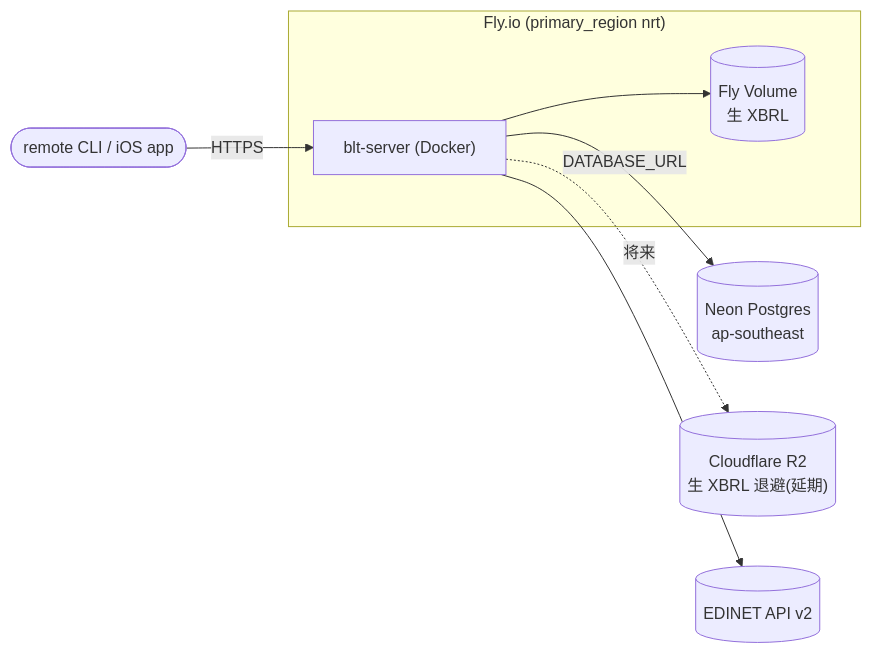
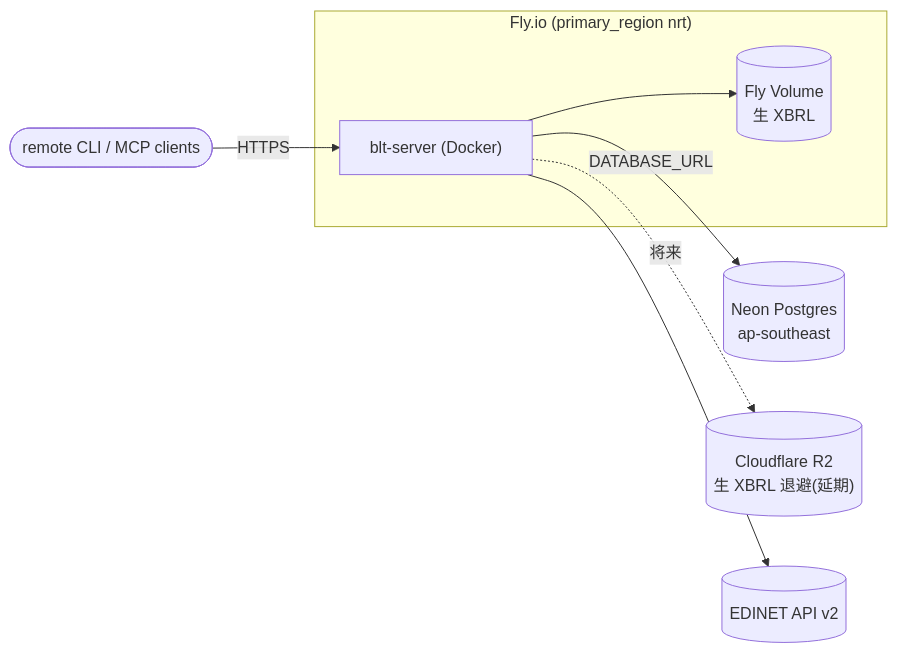
The fourth of 4 diagrams in docs/architecture.md (sollahiro/blue-ticker), drawn with Mermaid before and after one commit. The commit also changed other lines of this file and 26 other files, not shown here.

````diff
--- a/docs/architecture.md
+++ b/docs/architecture.md
@@ -158,16 +158,16 @@
 ```mermaid
 graph LR
     subgraph fly["Fly.io (primary_region nrt)"]
         app["blt-server (Docker)"]
         vol[("Fly Volume<br/>生 XBRL")]
     end
     neon[("Neon Postgres<br/>ap-southeast")]
     r2[("Cloudflare R2<br/>生 XBRL 退避(延期)")]
     edinet[("EDINET API v2")]
 
     app -->|DATABASE_URL| neon
     app --> vol
     app --> edinet
     app -.->|将来| r2
-    clients(["remote CLI / iOS app"]) -->|HTTPS| app
+    clients(["remote CLI / MCP clients"]) -->|HTTPS| app
 ```
````
